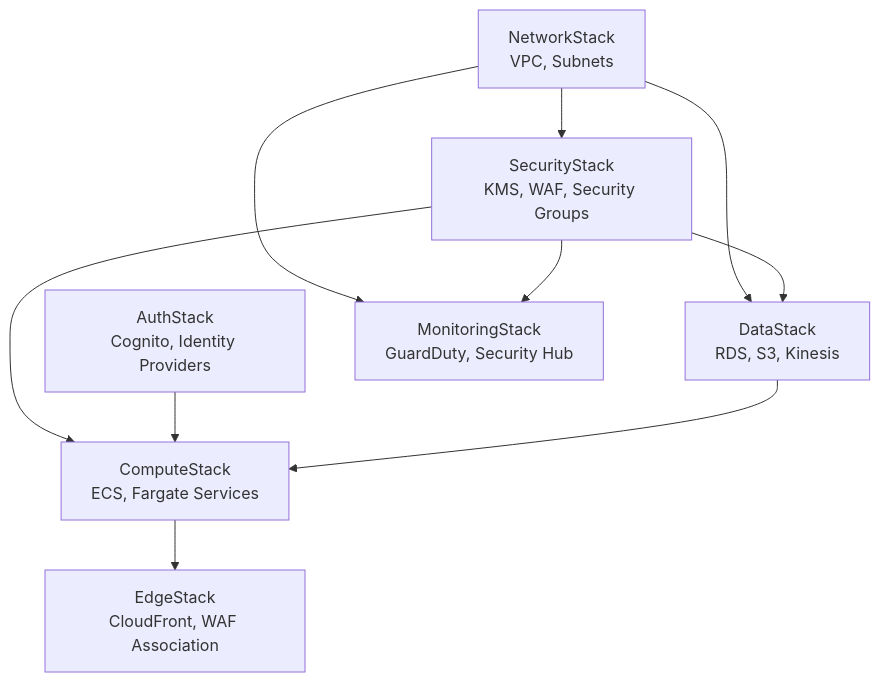
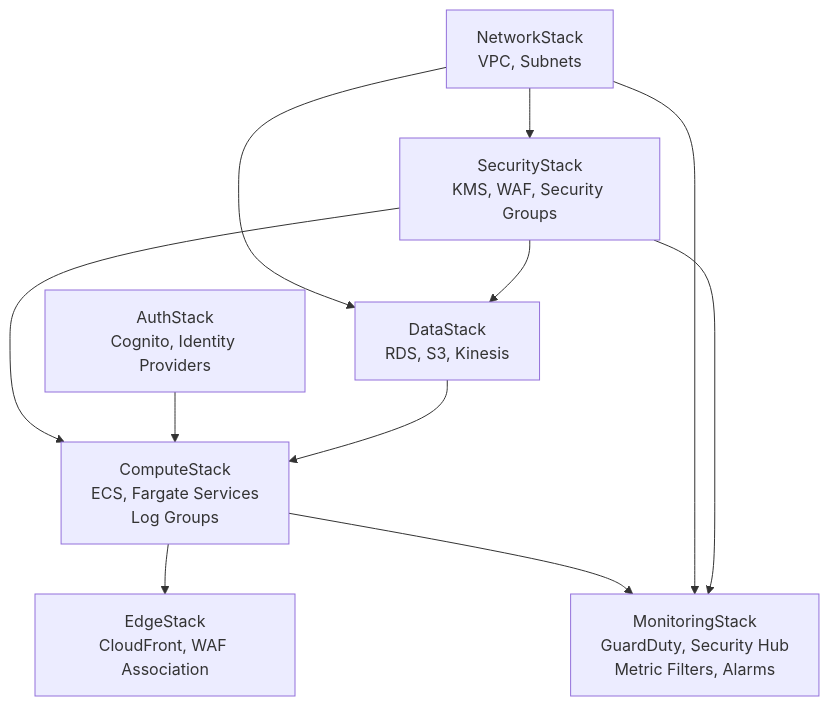
The fifth of 20 diagrams in docs/architecture.md (Walsen/devsecops-poc), drawn with Mermaid before and after one commit. The commit also changed other lines of this file and 42 other files, not shown here.

First line of the commit message:
feat: implement enterprise logging with CloudWatch metric filters and alarms

````diff
--- a/docs/architecture.md
+++ b/docs/architecture.md
@@ -285,20 +285,21 @@
 ```mermaid
 flowchart TB
     Network["NetworkStack<br/>VPC, Subnets"]
     Security["SecurityStack<br/>KMS, WAF, Security Groups"]
     Auth["AuthStack<br/>Cognito, Identity Providers"]
     Data["DataStack<br/>RDS, S3, Kinesis"]
-    Compute["ComputeStack<br/>ECS, Fargate Services"]
+    Compute["ComputeStack<br/>ECS, Fargate Services<br/>Log Groups"]
     Edge["EdgeStack<br/>CloudFront, WAF Association"]
-    Monitoring["MonitoringStack<br/>GuardDuty, Security Hub"]
+    Monitoring["MonitoringStack<br/>GuardDuty, Security Hub<br/>Metric Filters, Alarms"]
 
     Network --> Security
     Network --> Data
     Security --> Data
     Security --> Compute
     Auth --> Compute
     Data --> Compute
     Compute --> Edge
+    Compute --> Monitoring
     Network --> Monitoring
     Security --> Monitoring
 ```
````
